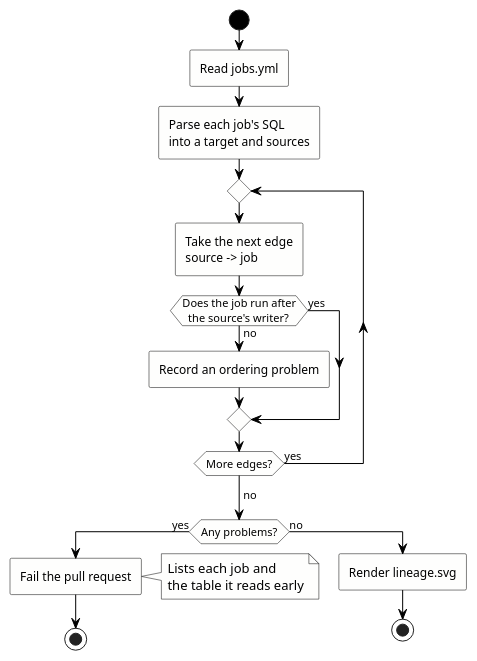
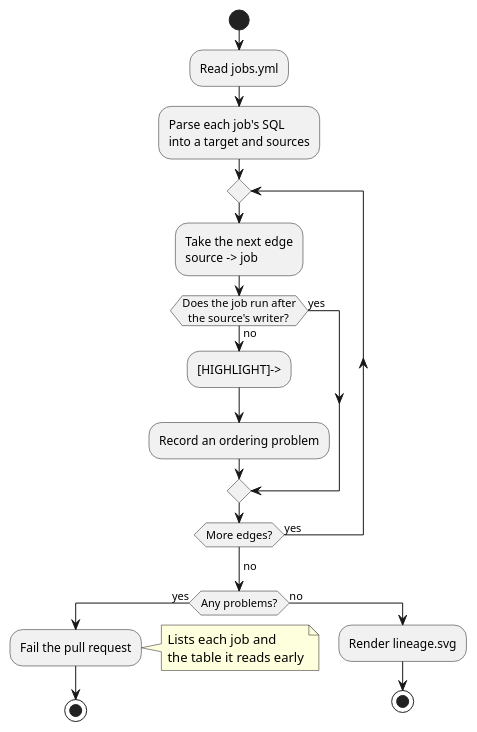
Before and after one commit to hallb/hallb.github.io: the diagram in content/post/lineage-in-the-sql/figures/order-check.puml, drawn with PlantUML. The commit also changed 13 other files, not shown here.

First line of the commit message:
Keep the diagram style in one place, and theme the SVGs themselves

```diff
--- a/content/post/lineage-in-the-sql/figures/order-check.puml
+++ b/content/post/lineage-in-the-sql/figures/order-check.puml
@@ -1,43 +1,25 @@
 @startuml
-' The order check that runs on every pull request touching jobs.yml or sql/.
-' Placeholder colours: #010101 ink, #FEFEFD card, #020202 accent, #030303 muted.
-skinparam backgroundColor transparent
-skinparam shadowing false
-skinparam roundCorner 3
-skinparam defaultFontName "Atkinson Hyperlegible"
-skinparam defaultFontColor #010101
-skinparam ArrowColor #010101
-skinparam ArrowFontColor #030303
-skinparam ActivityBorderColor #010101
-skinparam ActivityBackgroundColor #FEFEFD
-skinparam ActivityDiamondBorderColor #010101
-skinparam ActivityDiamondBackgroundColor #FEFEFD
-skinparam ActivityStartColor #010101
-skinparam ActivityEndColor #010101
-skinparam NoteBorderColor #030303
-skinparam NoteBackgroundColor #FEFEFD
-
 start
 :Read jobs.yml;
 :Parse each job's SQL
 into a target and sources;
 repeat
   :Take the next edge
   source -> job;
   if (Does the job run after
   the source's writer?) then (yes)
   else (no)
-    -[#020202]->
+    -[HIGHLIGHT]->
     :Record an ordering problem;
   endif
 repeat while (More edges?) is (yes)
 ->no;
 if (Any problems?) then (yes)
   :Fail the pull request;
   note right: Lists each job and\nthe table it reads early
   stop
 else (no)
   :Render lineage.svg;
   stop
 endif
 @enduml
```
